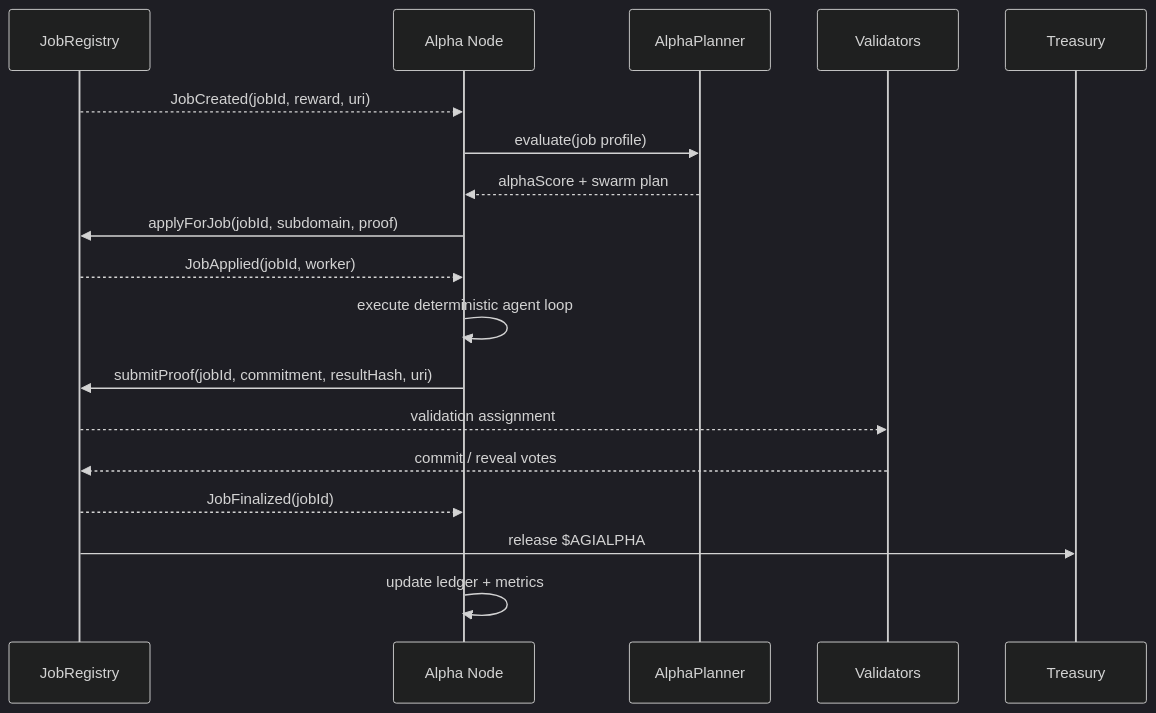
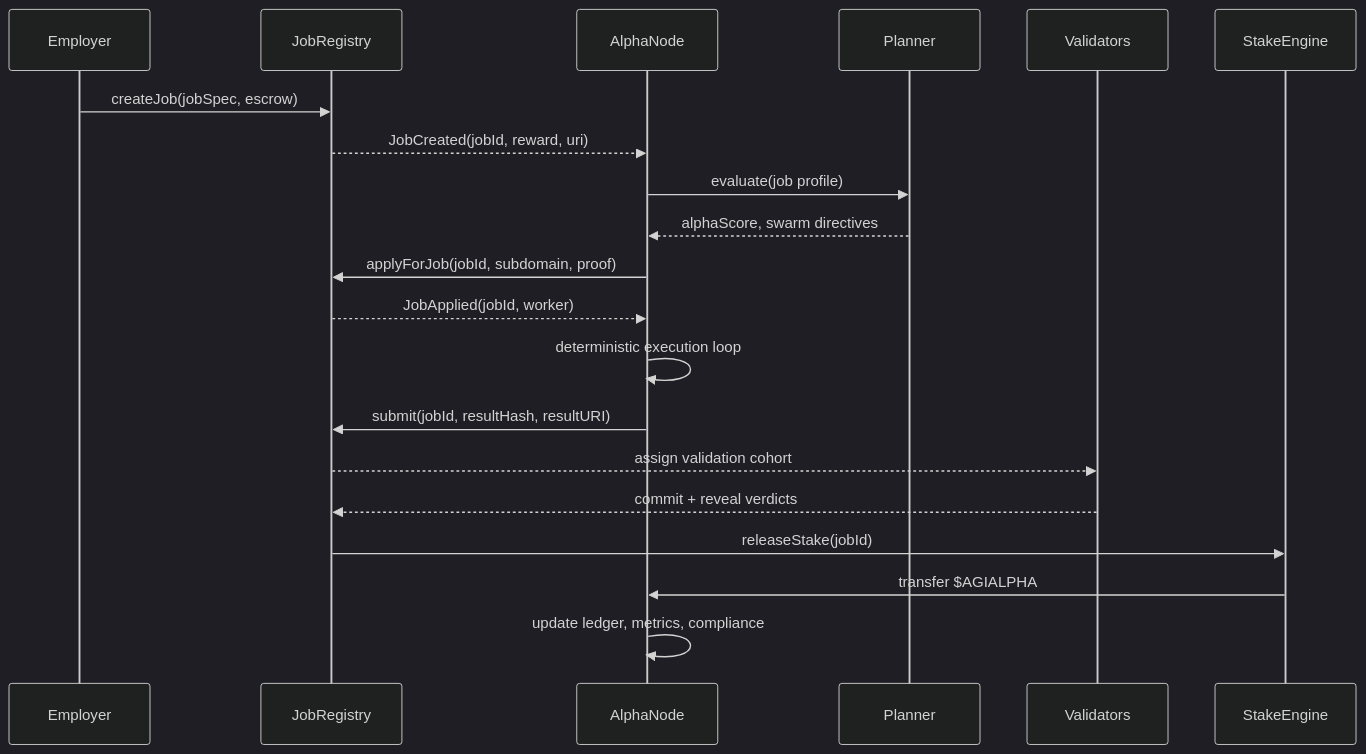
Before and after one commit to MontrealAI/AGI-Alpha-Node-v0: the first of 3 diagrams in README.md, drawn with Mermaid (dark theme). The commit also changed other lines of this file, not shown here.

Commit message:
Refresh README for Alpha node system overview

````diff
--- a/README.md
+++ b/README.md
@@ -91,21 +84,23 @@
 ```mermaid
 sequenceDiagram
-  participant Registry as JobRegistry
-  participant Node as Alpha Node
-  participant Planner as AlphaPlanner
+  participant Employer
+  participant JobRegistry
+  participant AlphaNode
+  participant Planner
   participant Validators
-  participant Treasury
+  participant StakeEngine
 
-  Registry-->>Node: JobCreated(jobId, reward, uri)
-  Node->>Planner: evaluate(job profile)
-  Planner-->>Node: alphaScore + swarm plan
-  Node->>Registry: applyForJob(jobId, subdomain, proof)
-  Registry-->>Node: JobApplied(jobId, worker)
-  Node->>Node: execute deterministic agent loop
-  Node->>Registry: submitProof(jobId, commitment, resultHash, uri)
-  Registry-->>Validators: validation assignment
-  Validators-->>Registry: commit / reveal votes
-  Registry-->>Node: JobFinalized(jobId)
-  Registry->>Treasury: release $AGIALPHA
-  Node->>Node: update ledger + metrics
+  Employer->>JobRegistry: createJob(jobSpec, escrow)
+  JobRegistry-->>AlphaNode: JobCreated(jobId, reward, uri)
+  AlphaNode->>Planner: evaluate(job profile)
+  Planner-->>AlphaNode: alphaScore, swarm directives
+  AlphaNode->>JobRegistry: applyForJob(jobId, subdomain, proof)
+  JobRegistry-->>AlphaNode: JobApplied(jobId, worker)
+  AlphaNode->>AlphaNode: deterministic execution loop
+  AlphaNode->>JobRegistry: submit(jobId, resultHash, resultURI)
+  JobRegistry-->>Validators: assign validation cohort
+  Validators-->>JobRegistry: commit + reveal verdicts
+  JobRegistry->>StakeEngine: releaseStake(jobId)
+  StakeEngine->>AlphaNode: transfer $AGIALPHA
+  AlphaNode->>AlphaNode: update ledger, metrics, compliance
 ```
````
